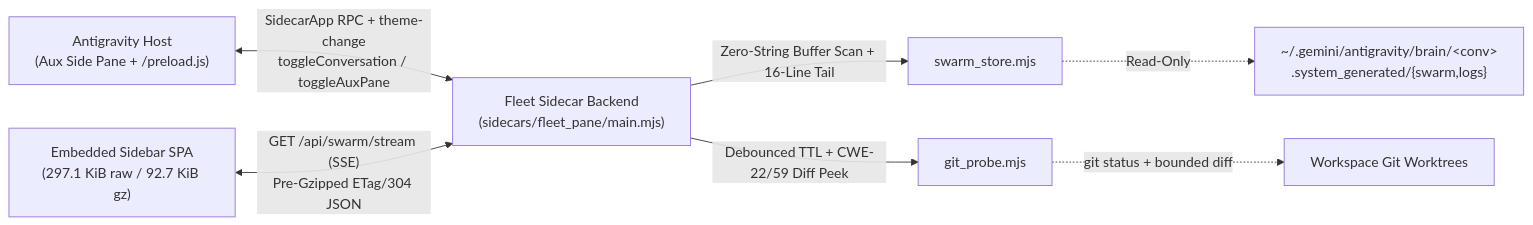
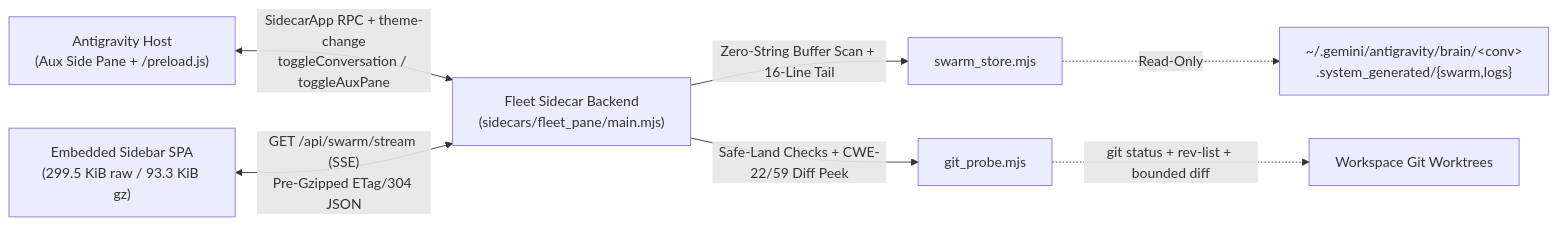
The diagram in README.md (cayleb-james2008/dsh-fleet), drawn with Mermaid before and after one commit. The commit also changed other lines of this file and 28 other files, not shown here.

Commit message:
feat(fleet): v1.16.0 worktree safe-land and cross-swarm index

````diff
--- a/README.md
+++ b/README.md
@@ -82,9 +82,9 @@
 ```mermaid
 flowchart LR
     Host["Antigravity Host<br/>(Aux Side Pane + /preload.js)"] <-->|"SidecarApp RPC + theme-change<br/>toggleConversation / toggleAuxPane"| Backend["Fleet Sidecar Backend<br/>(sidecars/fleet_pane/main.mjs)"]
-    UI["Embedded Sidebar SPA<br/>(297.1 KiB raw / 92.7 KiB gz)"] <-->|"GET /api/swarm/stream (SSE)<br/>Pre-Gzipped ETag/304 JSON"| Backend
+    UI["Embedded Sidebar SPA<br/>(299.5 KiB raw / 93.3 KiB gz)"] <-->|"GET /api/swarm/stream (SSE)<br/>Pre-Gzipped ETag/304 JSON"| Backend
     Backend -->|"Zero-String Buffer Scan + 16-Line Tail"| Store["swarm_store.mjs"]
-    Backend -->|"Debounced TTL + CWE-22/59 Diff Peek"| Git["git_probe.mjs"]
+    Backend -->|"Safe-Land Checks + CWE-22/59 Diff Peek"| Git["git_probe.mjs"]
     Store -.->|"Read-Only"| Brain["~/.gemini/antigravity/brain/&lt;conv&gt;<br/>.system_generated/{swarm,logs}"]
-    Git -.->|"git status + bounded diff"| WT["Workspace Git Worktrees"]
+    Git -.->|"git status + rev-list + bounded diff"| WT["Workspace Git Worktrees"]
 ```
````
